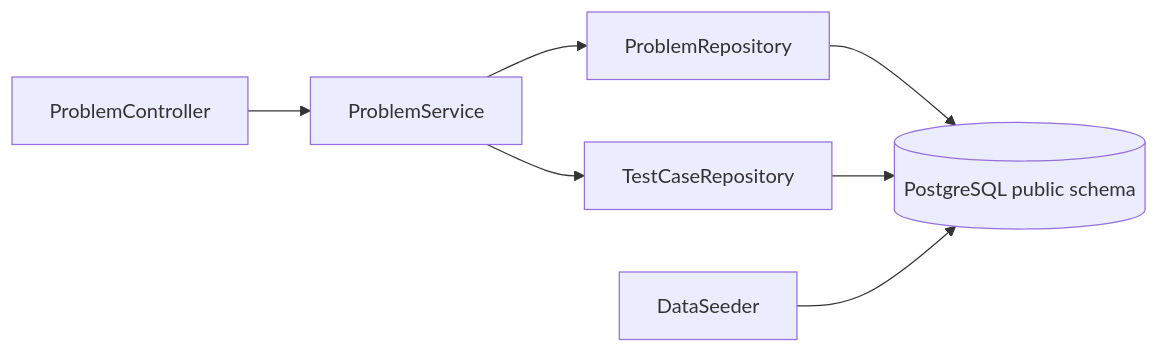
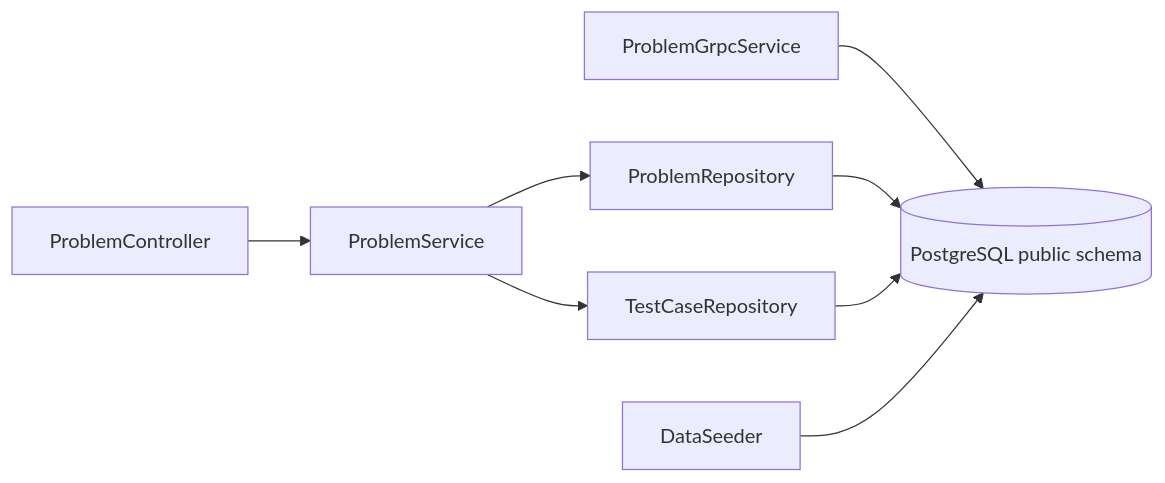
Before and after one commit to FuJacob/leetdoodle: the first of 5 diagrams in docs/backend/architecture/components.md, drawn with Mermaid. The commit also changed other lines of this file and 47 other files, not shown here.

````diff
--- a/docs/backend/architecture/components.md
+++ b/docs/backend/architecture/components.md
@@ -7,16 +7,18 @@
 ```mermaid
 flowchart LR
     PC[ProblemController]
+    PGS[ProblemGrpcService]
     PS[ProblemService]
     PR[ProblemRepository]
     TR[TestCaseRepository]
     DS[DataSeeder]
     PG[(PostgreSQL public schema)]
 
     PC --> PS
+    PGS --> PG
     PS --> PR
     PS --> TR
     PR --> PG
     TR --> PG
     DS --> PG
 ```
````
